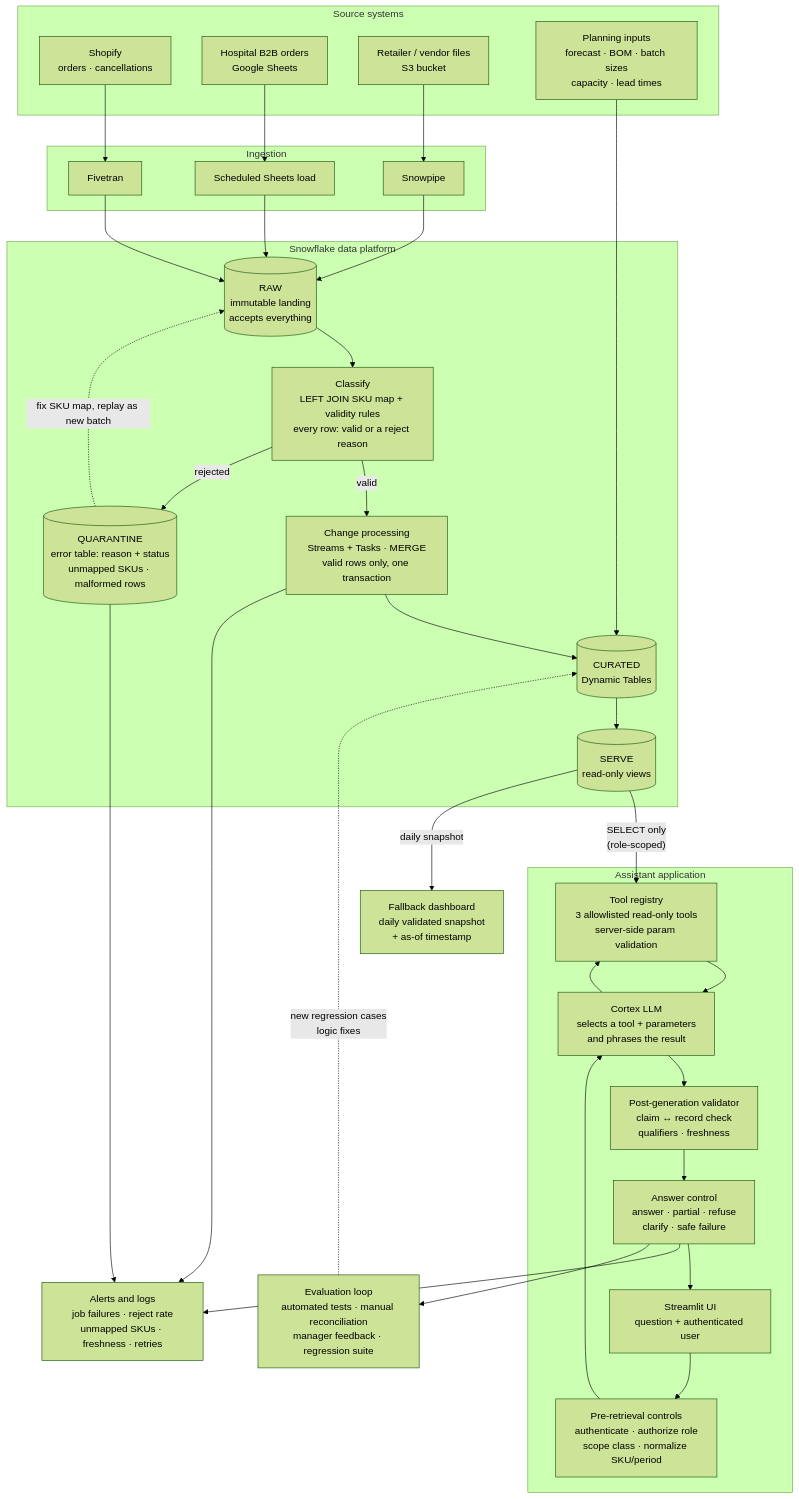
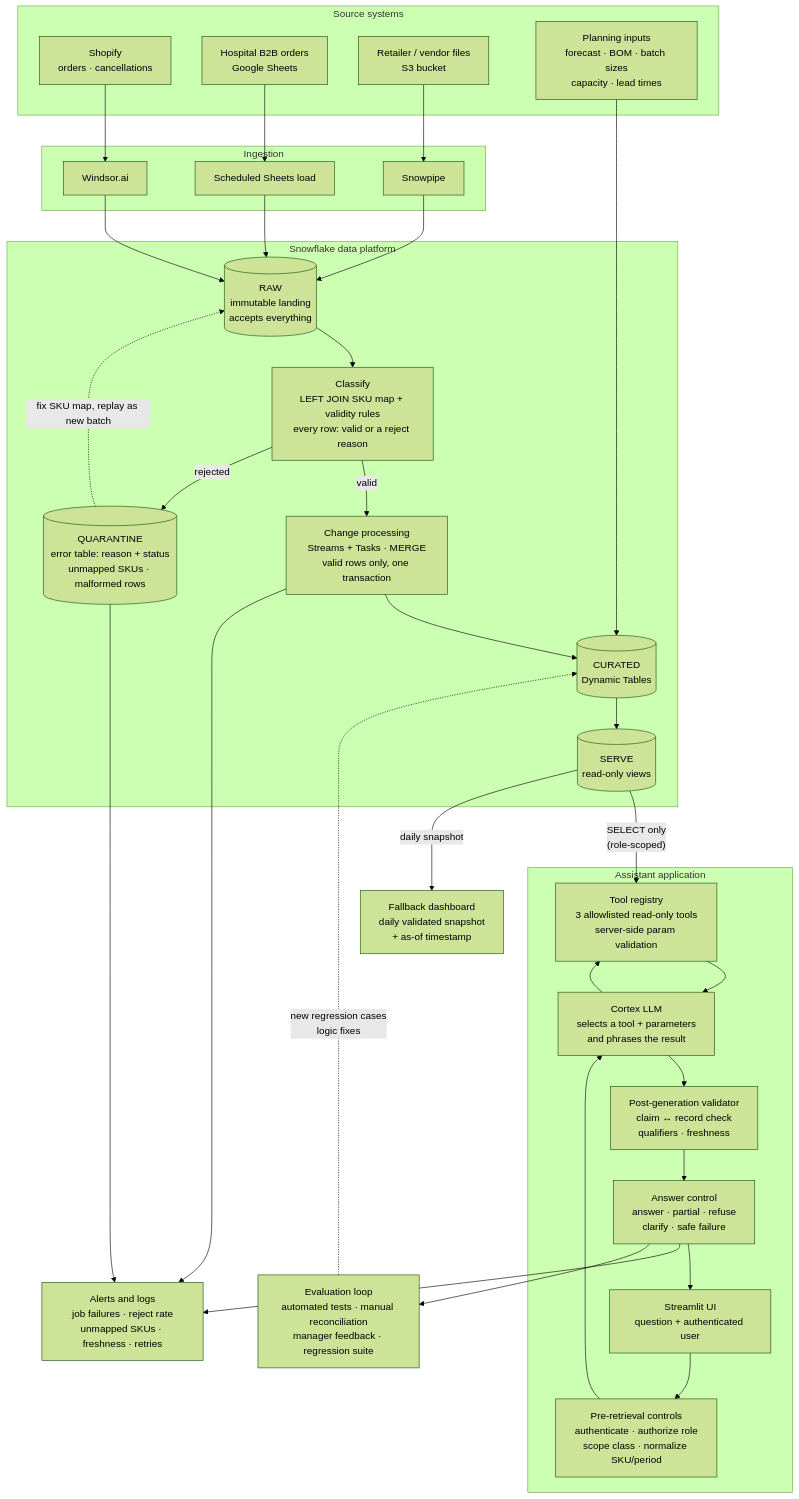
Before and after one commit to rameenft/ai-operations-assistant: the first of 3 diagrams in docs/architecture.md, drawn with Mermaid (forest theme). The commit also changed 2 other files, not shown here.

Commit message:
Use Windsor.ai as the Shopify ingestion connector

````diff
--- a/docs/architecture.md
+++ b/docs/architecture.md
@@ -14,56 +14,56 @@
 ```mermaid
 flowchart TB
     subgraph SRC["Source systems"]
         S1["Shopify<br/>orders · cancellations"]
         S2["Hospital B2B orders<br/>Google Sheets"]
         S3["Retailer / vendor files<br/>S3 bucket"]
         S4["Planning inputs<br/>forecast · BOM · batch sizes<br/>capacity · lead times"]
     end
 
     subgraph ING["Ingestion"]
-        I1["Fivetran"]
+        I1["Windsor.ai"]
         I2["Scheduled Sheets load"]
         I3["Snowpipe"]
     end
 
     subgraph SF["Snowflake data platform"]
         RAW[("RAW<br/>immutable landing<br/>accepts everything")]
         CLS["Classify<br/>LEFT JOIN SKU map + validity rules<br/>every row: valid or a reject reason"]
         QUA[("QUARANTINE<br/>error table: reason + status<br/>unmapped SKUs · malformed rows")]
         CHG["Change processing<br/>Streams + Tasks · MERGE<br/>valid rows only, one transaction"]
         CUR[("CURATED<br/>Dynamic Tables")]
         SERVE[("SERVE<br/>read-only views")]
         RAW --> CLS
         CLS -- valid --> CHG --> CUR --> SERVE
         CLS -- rejected --> QUA
         QUA -. "fix SKU map, replay as new batch" .-> RAW
     end
 
     subgraph APP["Assistant application"]
         UI["Streamlit UI<br/>question + authenticated user"]
         PRE["Pre-retrieval controls<br/>authenticate · authorize role<br/>scope class · normalize SKU/period"]
         LLM["Cortex LLM<br/>selects a tool + parameters<br/>and phrases the result"]
         REG["Tool registry<br/>3 allowlisted read-only tools<br/>server-side param validation"]
         GATE["Post-generation validator<br/>claim ↔ record check<br/>qualifiers · freshness"]
         ANS["Answer control<br/>answer · partial · refuse<br/>clarify · safe failure"]
         UI --> PRE --> LLM --> REG
         REG --> LLM
         LLM --> GATE --> ANS --> UI
     end
 
     DASH["Fallback dashboard<br/>daily validated snapshot<br/>+ as-of timestamp"]
     OPS["Alerts and logs<br/>job failures · reject rate<br/>unmapped SKUs · freshness · retries"]
     EVAL["Evaluation loop<br/>automated tests · manual reconciliation<br/>manager feedback · regression suite"]
 
     S1 --> I1 --> RAW
     S2 --> I2 --> RAW
     S3 --> I3 --> RAW
     S4 --> CUR
     SERVE -- "SELECT only<br/>(role-scoped)" --> REG
     SERVE -- "daily snapshot" --> DASH
     QUA --> OPS
     CHG --> OPS
     ANS --> OPS
     ANS --> EVAL
     EVAL -. "new regression cases<br/>logic fixes" .-> CUR
 ```
````
